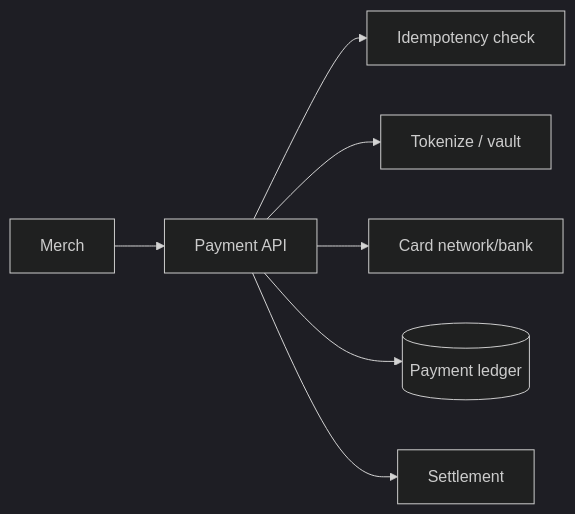
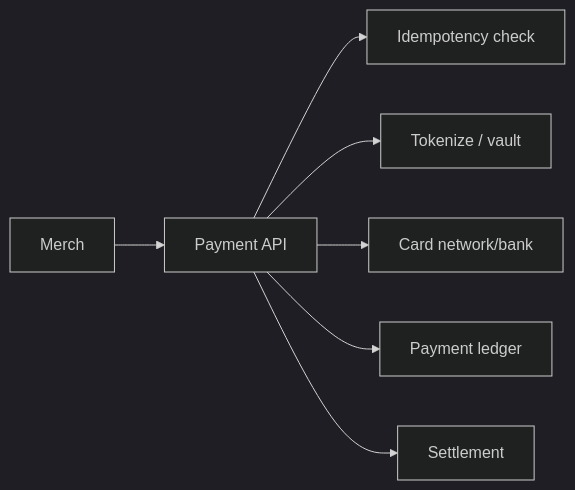
Before and after one commit to RIT-MESH/system-design-mastery: the first of 4 diagrams in case-studies/advanced/payment-gateway.md, drawn with Mermaid (dark theme). The commit also changed 139 other files, not shown here.

First line of the commit message:
Fix Mermaid parse errors: replace parentheses in node labels across 140 files

````diff
--- a/case-studies/advanced/payment-gateway.md
+++ b/case-studies/advanced/payment-gateway.md
@@ -55,10 +55,10 @@
 ```mermaid
 %% created-for: system-design-mastery
 flowchart LR
   Merch --> API[Payment API]
   API --> Idem[Idempotency check]
   API --> Token[Tokenize / vault]
   API --> Netw[Card network/bank]
-  API --> Ledger[(Payment ledger)]
+  API --> Ledger[Payment ledger]
   API --> Settle[Settlement]
 ```
````
